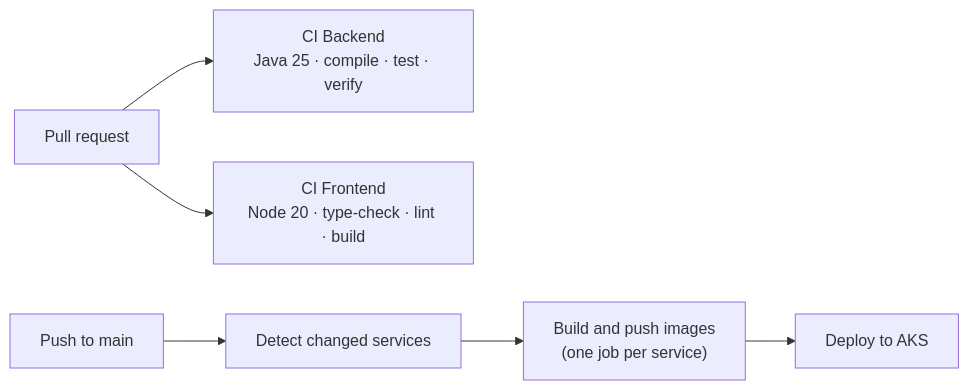
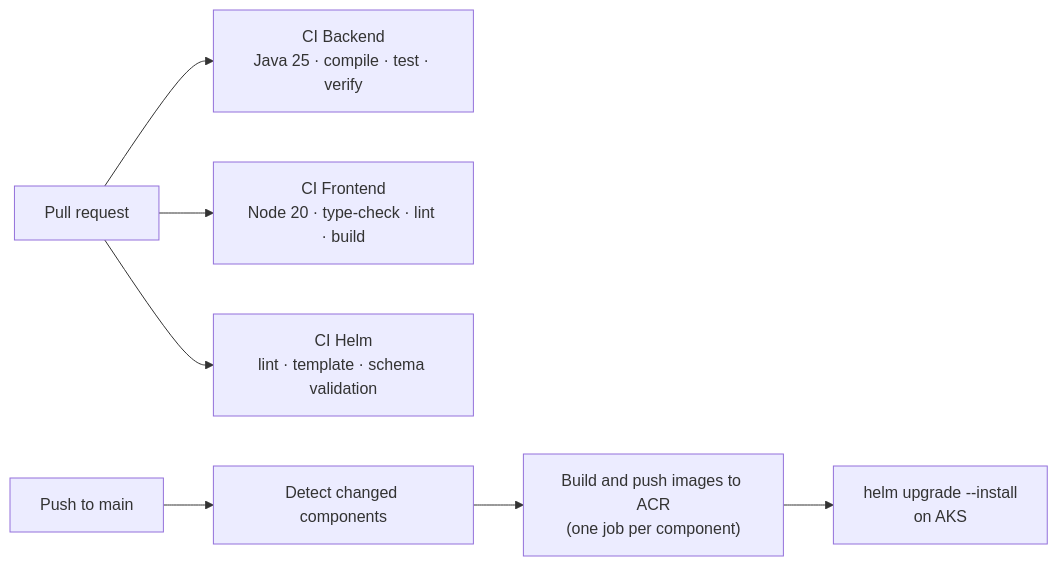
The sixth of 6 diagrams in README.md (Shehan-Dinusha/BitCraft_SwiftDrop), drawn with Mermaid before and after one commit. The commit also changed other lines of this file and 60 other files, not shown here.

````diff
--- a/README.md
+++ b/README.md
@@ -281,8 +282,9 @@
 ```mermaid
 flowchart LR
     PR["Pull request"] --> CB["CI Backend<br/>Java 25 · compile · test · verify"]
     PR --> CF["CI Frontend<br/>Node 20 · type-check · lint · build"]
-    MAIN["Push to main"] --> DET["Detect changed services"]
-    DET --> BP["Build and push images<br/>(one job per service)"]
-    BP --> DEP["Deploy to AKS"]
+    PR --> CH["CI Helm<br/>lint · template · schema validation"]
+    MAIN["Push to main"] --> DET["Detect changed components"]
+    DET --> BP["Build and push images to ACR<br/>(one job per component)"]
+    BP --> DEP["helm upgrade --install<br/>on AKS"]
 ```
````
